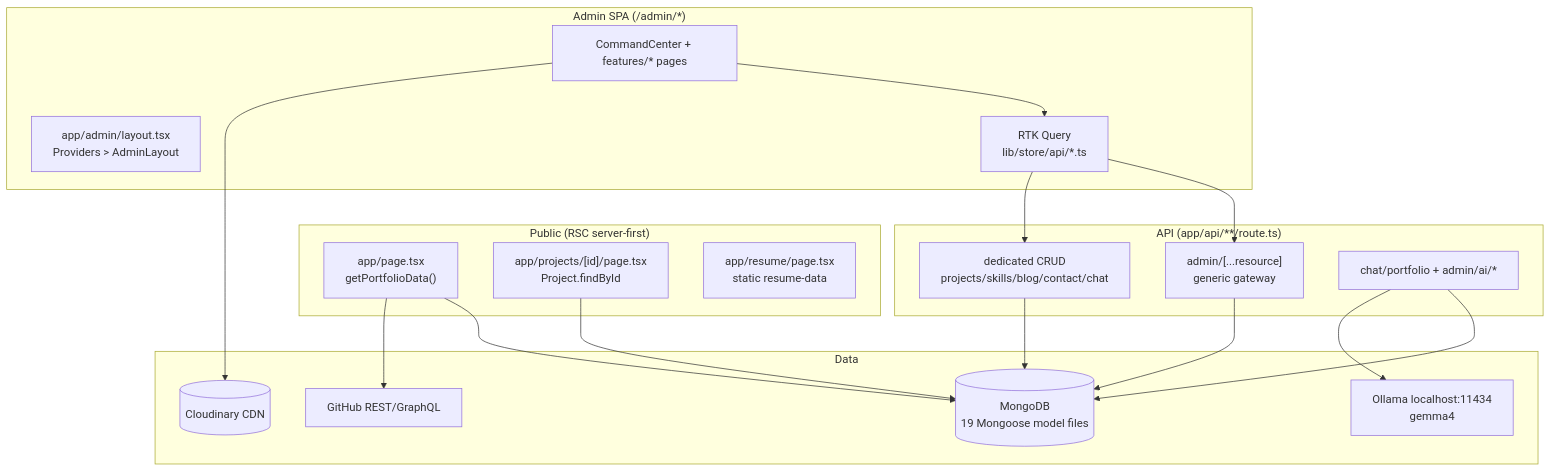
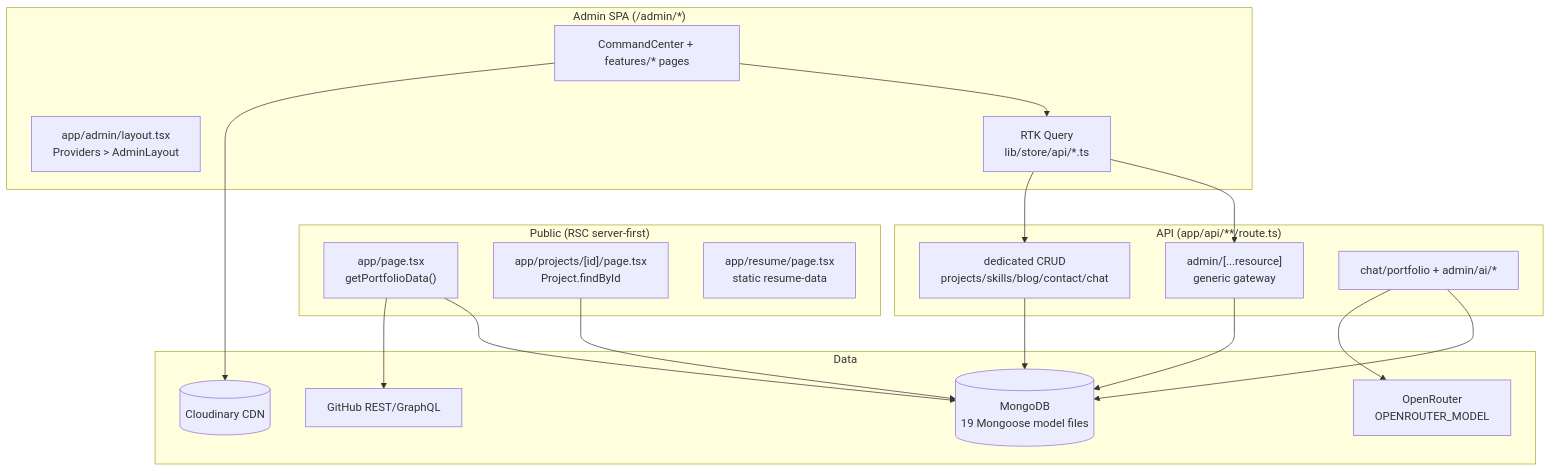
Before and after one commit to Soruj24/complete-ai-portfolio: the first of 5 diagrams in README.md, drawn with Mermaid. The commit also changed other lines of this file and 17 other files, not shown here.

First line of the commit message:
feat: migrate from Ollama to OpenRouter for AI functionalities

````diff
--- a/README.md
+++ b/README.md
@@ -53,35 +53,35 @@
 ```mermaid
 flowchart TB
   subgraph Public["Public (RSC server-first)"]
     P["app/page.tsx<br/>getPortfolioData()"]
     PD["app/projects/[id]/page.tsx<br/>Project.findById"]
     R["app/resume/page.tsx<br/>static resume-data"]
   end
   subgraph Admin["Admin SPA (/admin/*)"]
     L["app/admin/layout.tsx<br/>Providers > AdminLayout"]
     CC["CommandCenter + features/* pages"]
     RTK["RTK Query<br/>lib/store/api/*.ts"]
   end
   subgraph API["API (app/api/**/route.ts)"]
     G["admin/[...resource]<br/>generic gateway"]
     D["dedicated CRUD<br/>projects/skills/blog/contact/chat"]
     AI["chat/portfolio + admin/ai/*"]
   end
   subgraph Data["Data"]
     M[("MongoDB<br/>19 Mongoose model files")]
     C[("Cloudinary CDN")]
     GH["GitHub REST/GraphQL"]
-    OL["Ollama localhost:11434<br/>gemma4"]
+    OL["OpenRouter<br/>OPENROUTER_MODEL"]
   end
   P --> M
   PD --> M
   CC --> RTK
   RTK --> G
   RTK --> D
   AI --> M
   AI --> OL
   D --> M
   G --> M
   CC --> C
   P --> GH
 ```
````
